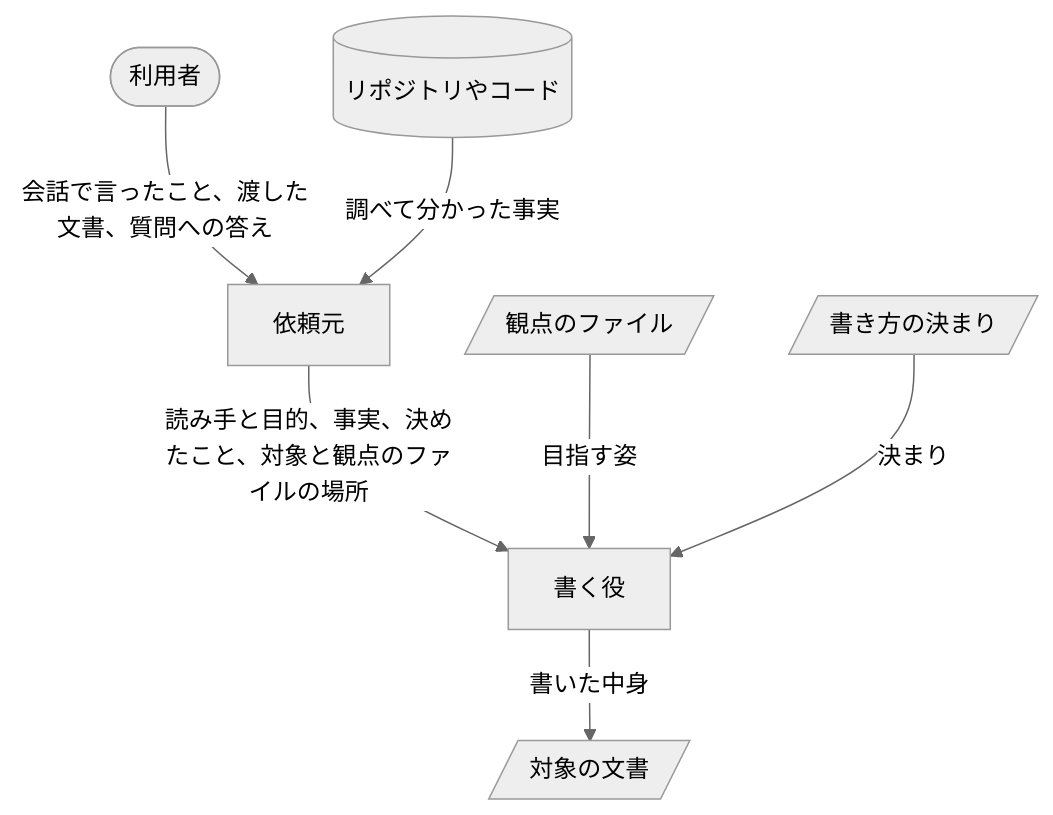
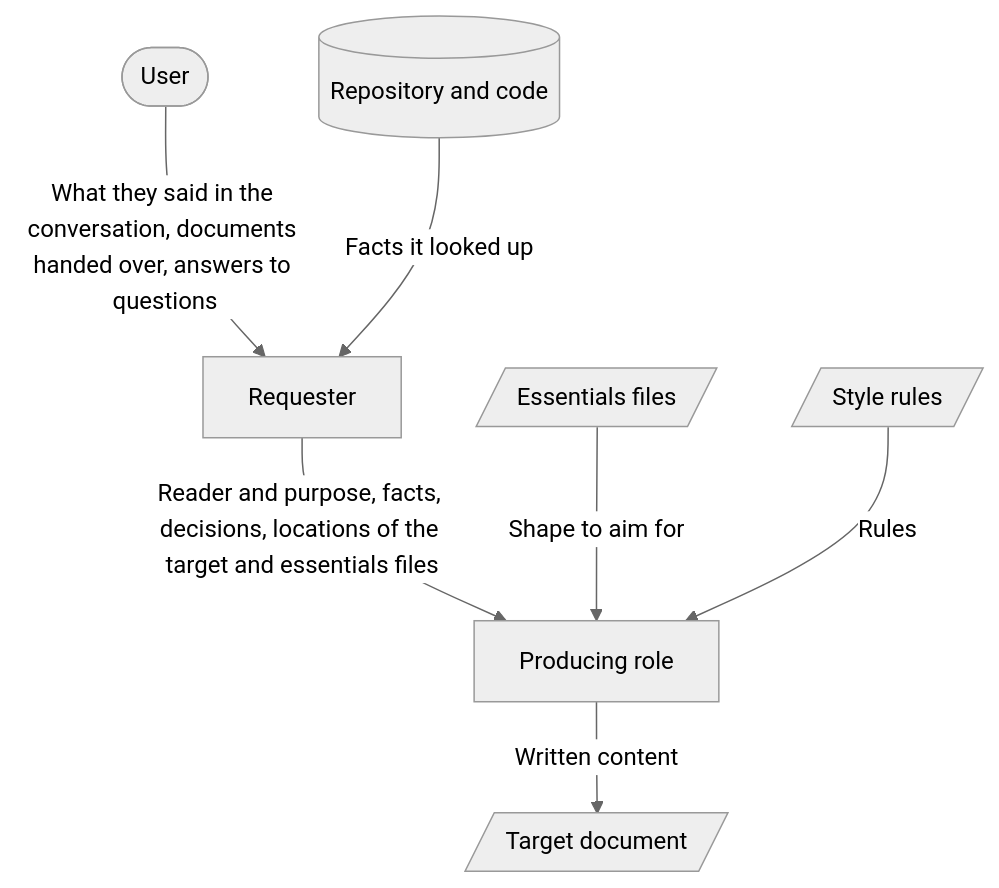
The second of 5 diagrams in writ/docs/design.md (lovaizu/ccpm), drawn with Mermaid (neutral theme) before and after one commit. The commit also changed other lines of this file and 4 other files, not shown here.

````diff
--- a/writ/docs/design.md
+++ b/writ/docs/design.md
@@ -78,16 +78,16 @@
 ```mermaid
 flowchart TD
-  U([利用者])
-  R[依頼元]
-  S[(リポジトリやコード)]
-  W[書く役]
-  E[/観点のファイル/]
-  C[/書き方の決まり/]
-  F[/対象の文書/]
-  U -->|会話で言ったこと、渡した文書、質問への答え| R
-  S -->|調べて分かった事実| R
-  R -->|読み手と目的、事実、決めたこと、対象と観点のファイルの場所| W
-  E -->|目指す姿| W
-  C -->|決まり| W
-  W -->|書いた中身| F
+  U([User])
+  R[Requester]
+  S[(Repository and code)]
+  W[Producing role]
+  E[/Essentials files/]
+  C[/Style rules/]
+  F[/Target document/]
+  U -->|What they said in the conversation, documents handed over, answers to questions| R
+  S -->|Facts it looked up| R
+  R -->|Reader and purpose, facts, decisions, locations of the target and essentials files| W
+  E -->|Shape to aim for| W
+  C -->|Rules| W
+  W -->|Written content| F
 ```
````
